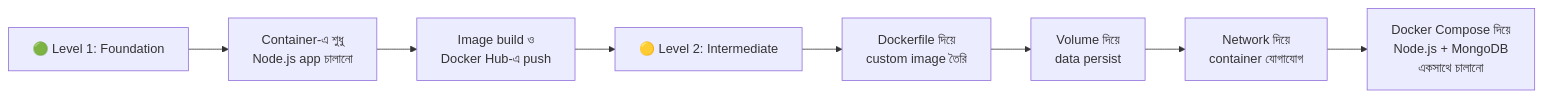
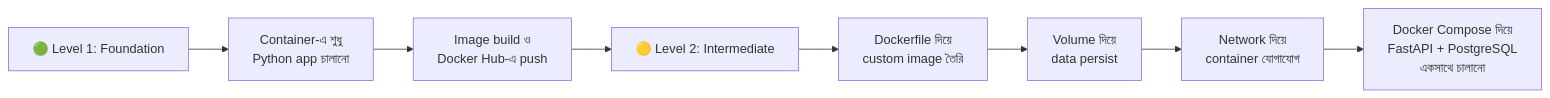
One commit to ashraf1600/My-Portfolio changed the first of 2 diagrams in docs/docker/index.md. Above: the diagram before and after it, drawn with Mermaid. The commit also changed other lines of this file and 2 other files, not shown here.

Commit message:
docs: add introductory documentation for Docker basics

````diff
--- a/docs/docker/index.md
+++ b/docs/docker/index.md
@@ -100,16 +103,16 @@
 ```mermaid
 graph LR
     L1["🟢 Level 1: Foundation"]
     L2["🟡 Level 2: Intermediate"]
 
-    L1_1["Container-এ শুধু<br/>Node.js app চালানো"]
+    L1_1["Container-এ শুধু<br/>Python app চালানো"]
     L1_2["Image build ও<br/>Docker Hub-এ push"]
 
     L2_1["Dockerfile দিয়ে<br/>custom image তৈরি"]
     L2_2["Volume দিয়ে<br/>data persist"]
     L2_3["Network দিয়ে<br/>container যোগাযোগ"]
-    L2_4["Docker Compose দিয়ে<br/>Node.js + MongoDB<br/>একসাথে চালানো"]
+    L2_4["Docker Compose দিয়ে<br/>FastAPI + PostgreSQL<br/>একসাথে চালানো"]
 
     L1 --> L1_1 --> L1_2 --> L2
     L2 --> L2_1 --> L2_2 --> L2_3 --> L2_4
 ```
````
